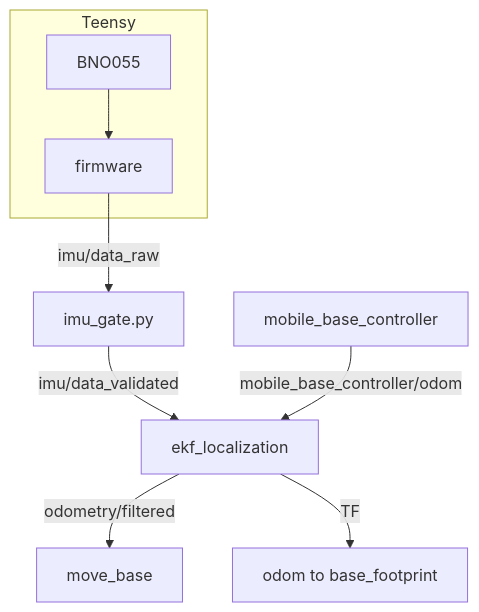
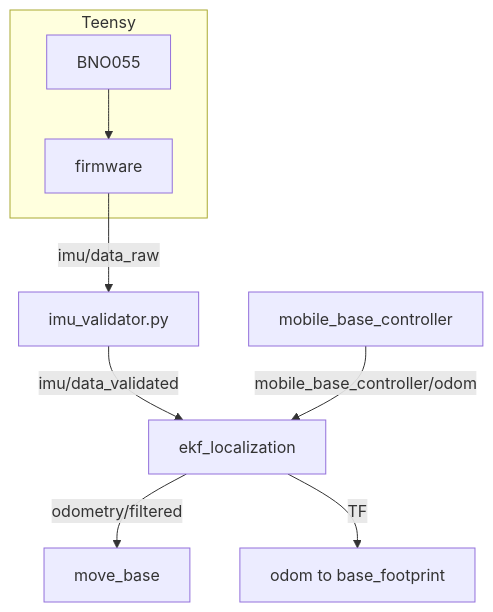
The diagram in docs/packages/imu/robot_localization.md (ros-mobile-robots/ros-mobile-robots.github.io), drawn with Mermaid before and after one commit. The commit also changed other lines of this file and 1 other file, not shown here.

First line of the commit message:
Localization: the IMU gate is now the IMU sample validator

````diff
--- a/docs/packages/imu/robot_localization.md
+++ b/docs/packages/imu/robot_localization.md
@@ -14,11 +14,11 @@
 ```mermaid
 graph TB
   subgraph Teensy [Teensy]
     IMU[BNO055] --> FW[firmware]
   end
-  FW -->|imu/data_raw| GATE[imu_gate.py]
-  GATE -->|imu/data_validated| EKF[ekf_localization]
+  FW -->|imu/data_raw| VALIDATOR[imu_validator.py]
+  VALIDATOR -->|imu/data_validated| EKF[ekf_localization]
   DDC[mobile_base_controller] -->|mobile_base_controller/odom| EKF
   EKF -->|odometry/filtered| NAV[move_base]
   EKF -->|TF| TF[odom to base_footprint]
 ```
````
